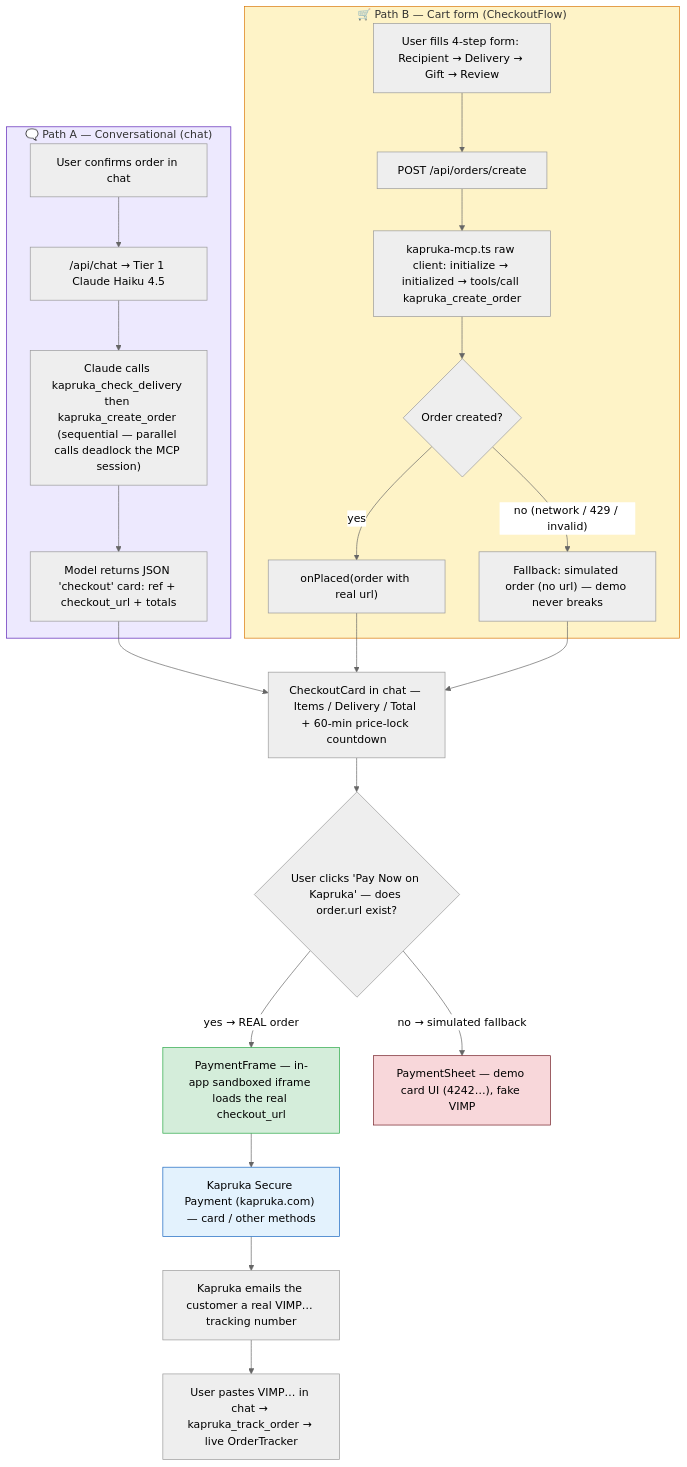
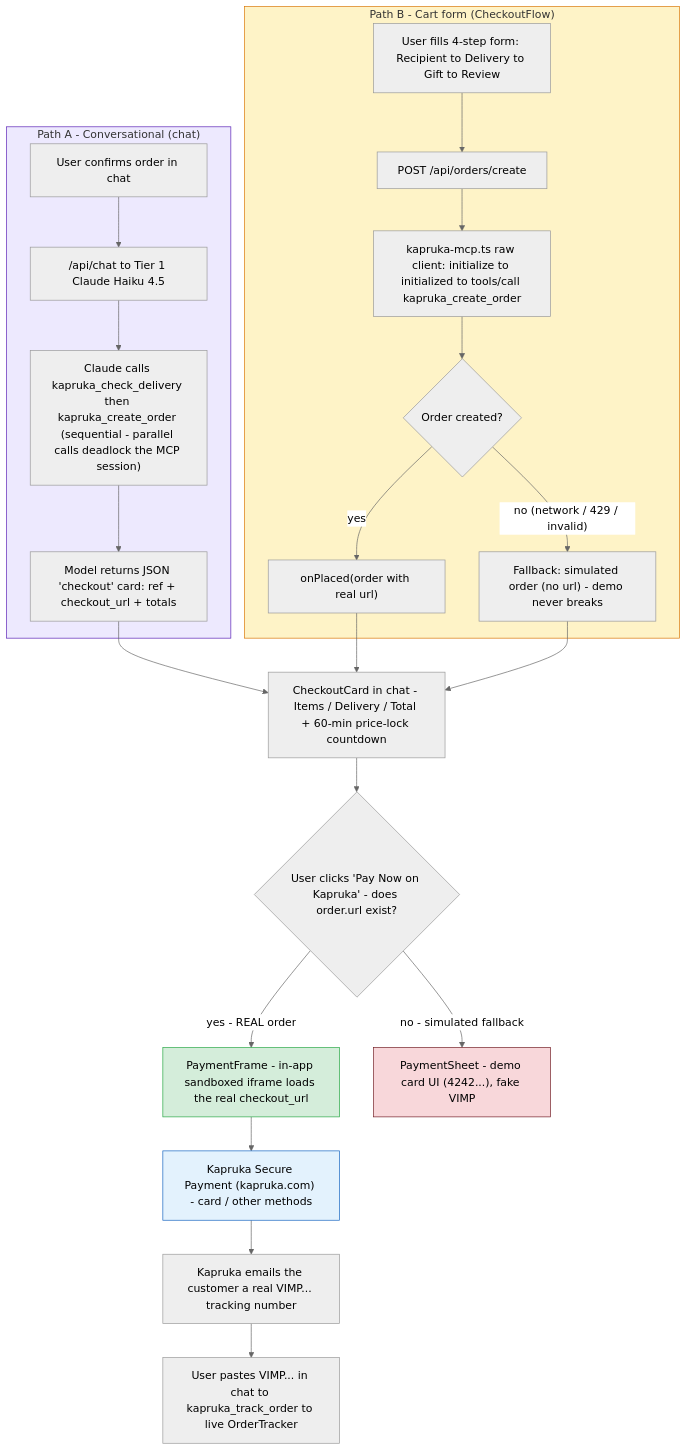
The fourth of 8 diagrams in README.md (LasaKaru/kapri), drawn with Mermaid (neutral theme) before and after one commit. The commit also changed other lines of this file, not shown here.

First line of the commit message:
docs: make all README mermaid diagrams GitHub-renderable

````diff
--- a/README.md
+++ b/README.md
@@ -249,34 +249,34 @@
 ```mermaid
 flowchart TD
-    subgraph PathA ["🗨️ Path A — Conversational (chat)"]
-        A1["User confirms order in chat"] --> A2["/api/chat → Tier 1 Claude Haiku 4.5"]
-        A2 --> A3["Claude calls kapruka_check_delivery then kapruka_create_order (sequential — parallel calls deadlock the MCP session)"]
+    subgraph PathA ["Path A - Conversational (chat)"]
+        A1["User confirms order in chat"] --> A2["/api/chat to Tier 1 Claude Haiku 4.5"]
+        A2 --> A3["Claude calls kapruka_check_delivery then kapruka_create_order (sequential - parallel calls deadlock the MCP session)"]
         A3 --> A4["Model returns JSON 'checkout' card: ref + checkout_url + totals"]
     end
 
-    subgraph PathB ["🛒 Path B — Cart form (CheckoutFlow)"]
-        B1["User fills 4-step form: Recipient → Delivery → Gift → Review"] --> B2["POST /api/orders/create"]
-        B2 --> B3["kapruka-mcp.ts raw client: initialize → initialized → tools/call kapruka_create_order"]
+    subgraph PathB ["Path B - Cart form (CheckoutFlow)"]
+        B1["User fills 4-step form: Recipient to Delivery to Gift to Review"] --> B2["POST /api/orders/create"]
+        B2 --> B3["kapruka-mcp.ts raw client: initialize to initialized to tools/call kapruka_create_order"]
         B3 --> B4{"Order created?"}
         B4 -- yes --> B5["onPlaced(order with real url)"]
-        B4 -- "no (network / 429 / invalid)" --> B6["Fallback: simulated order (no url) — demo never breaks"]
+        B4 --"no (network / 429 / invalid)"--> B6["Fallback: simulated order (no url) - demo never breaks"]
     end
 
-    A4 --> CC["CheckoutCard in chat — Items / Delivery / Total + 60-min price-lock countdown"]
+    A4 --> CC["CheckoutCard in chat - Items / Delivery / Total + 60-min price-lock countdown"]
     B5 --> CC
     B6 --> CC
 
-    CC --> PAYBTN{"User clicks 'Pay Now on Kapruka' — does order.url exist?"}
-    PAYBTN -- "yes → REAL order" --> PF["PaymentFrame — in-app sandboxed iframe loads the real checkout_url"]
-    PAYBTN -- "no → simulated fallback" --> PS["PaymentSheet — demo card UI (4242…), fake VIMP"]
+    CC --> PAYBTN{"User clicks 'Pay Now on Kapruka' - does order.url exist?"}
+    PAYBTN --"yes - REAL order"--> PF["PaymentFrame - in-app sandboxed iframe loads the real checkout_url"]
+    PAYBTN --"no - simulated fallback"--> PS["PaymentSheet - demo card UI (4242...), fake VIMP"]
 
-    PF --> KP["Kapruka Secure Payment (kapruka.com) — card / other methods"]
-    KP --> EMAIL["Kapruka emails the customer a real VIMP… tracking number"]
-    EMAIL --> TRACK["User pastes VIMP… in chat → kapruka_track_order → live OrderTracker"]
+    PF --> KP["Kapruka Secure Payment (kapruka.com) - card / other methods"]
+    KP --> EMAIL["Kapruka emails the customer a real VIMP... tracking number"]
+    EMAIL --> TRACK["User pastes VIMP... in chat to kapruka_track_order to live OrderTracker"]
 
     style PathA fill:#ede9fe,stroke:#5b21b6
     style PathB fill:#fef3c7,stroke:#d97706
     style PF fill:#d4edda,stroke:#28a745
     style PS fill:#f8d7da,stroke:#721c24
     style KP fill:#e3f2fd,stroke:#1565c0
 ```
````
